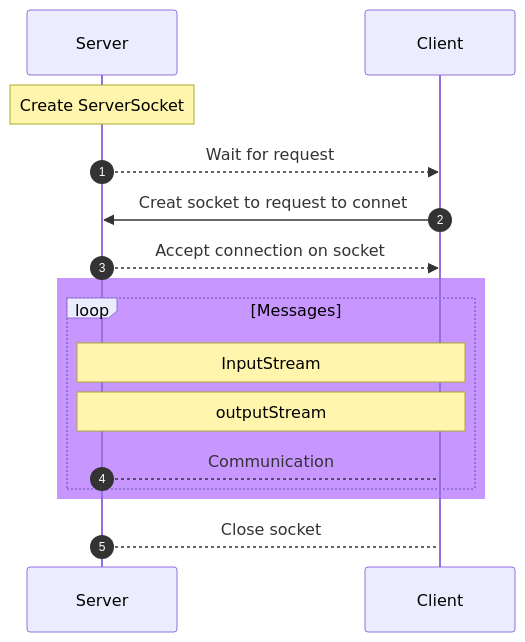
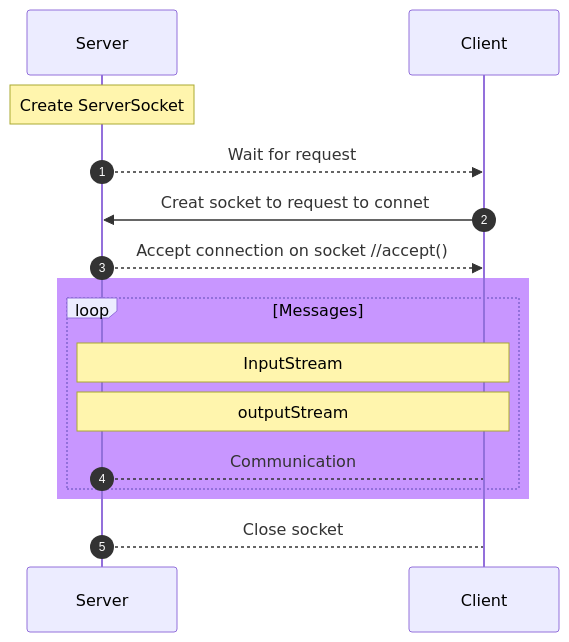
One commit to YUME-FF/Duke-ECE-650 changed the diagram in README.md. Above: the diagram before and after it, drawn with Mermaid.

````diff
--- a/README.md
+++ b/README.md
@@ -110,18 +110,18 @@
 ```mermaid
 sequenceDiagram
     participant S as Server
     participant C as Client
     autonumber
     Note over S: Create ServerSocket
     S-->>C: Wait for request
     C->>S: Creat socket to request to connet
-    S-->>C: Accept connection on socket
+    S-->>C: Accept connection on socket //accept()
     rect rgb(200, 150, 255)
     loop Messages
         Note over S,C: InputStream
         Note over S,C: outputStream
         S-->C: Communication
     end
     end
     S-->C: Close socket
 ```
````
